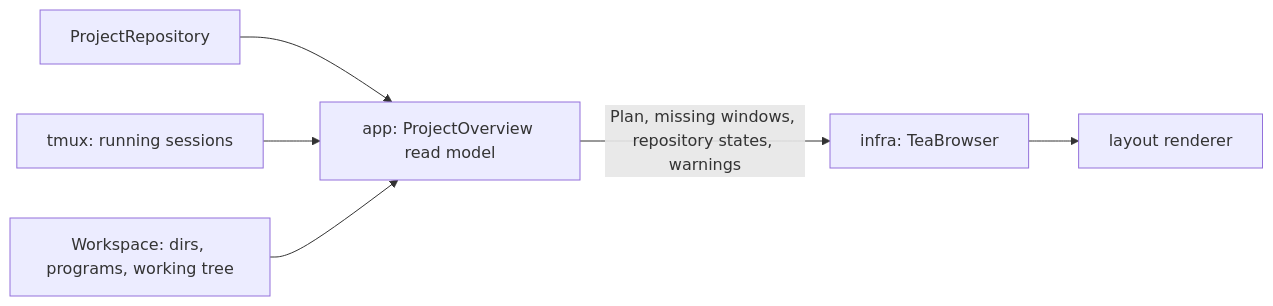
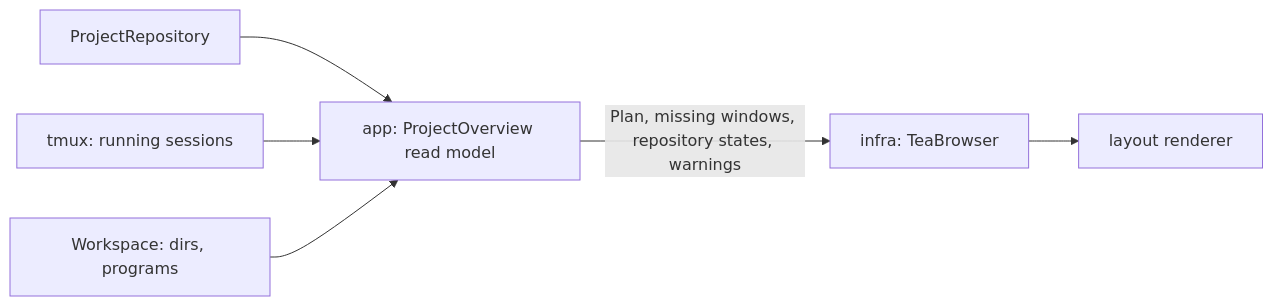
One commit to medilies/weaver changed the diagram in docs/ideas.md. Above: the diagram before and after it, drawn with Mermaid. The commit also changed other lines of this file and 1 other file, not shown here.

````diff
--- a/docs/ideas.md
+++ b/docs/ideas.md
@@ -92,8 +92,8 @@
 ```mermaid
 flowchart LR
     Repo[ProjectRepository] --> Read[app: ProjectOverview read model]
     Tmux[tmux: running sessions] --> Read
-    WS[Workspace: dirs, programs, working tree] --> Read
+    WS[Workspace: dirs, programs] --> Read
     Read -->|Plan, missing windows, repository states, warnings| Browser[infra: TeaBrowser]
     Browser --> Layout[layout renderer]
 ```
````
